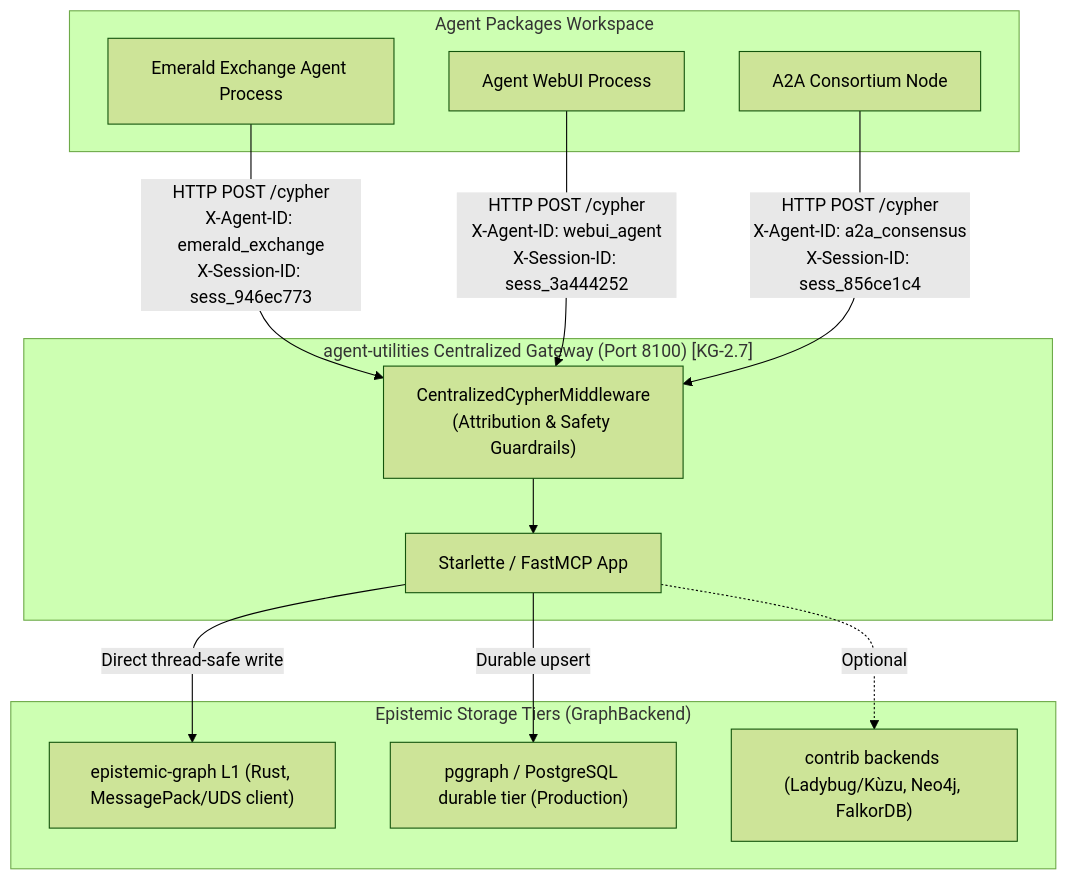
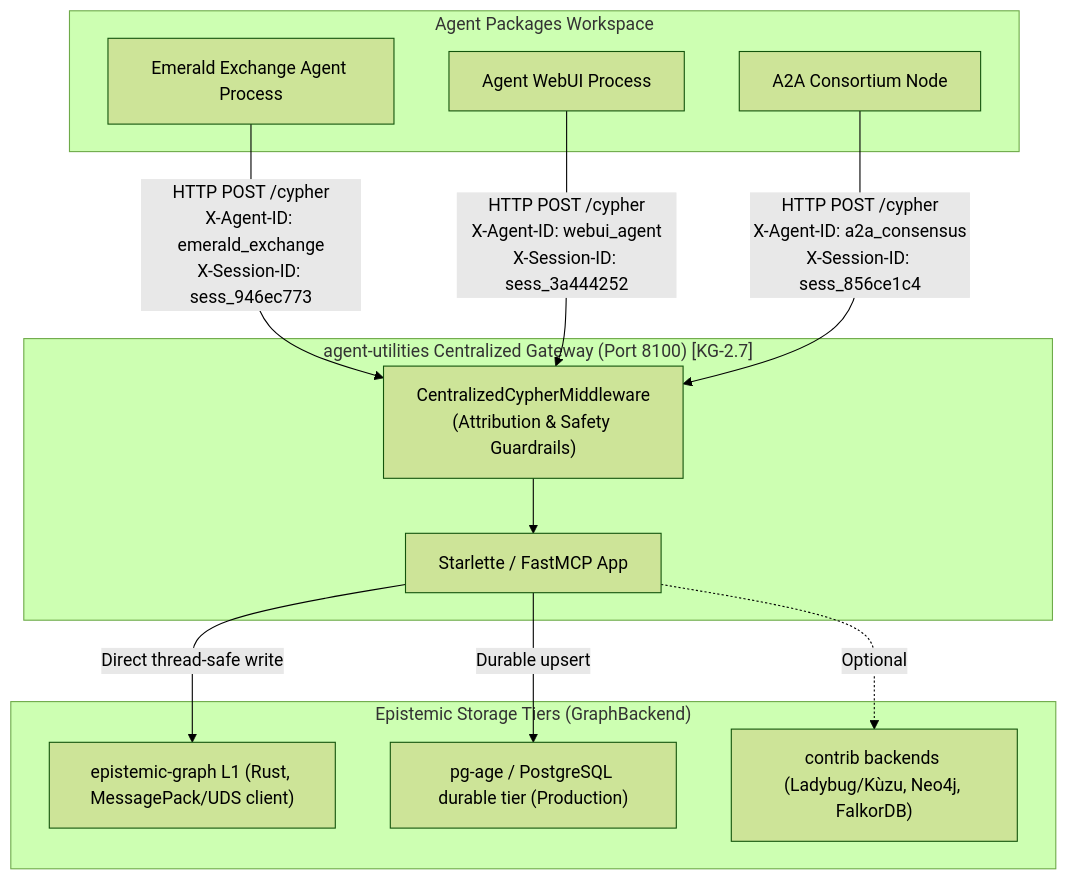
Before and after one commit to Knuckles-Team/agent-utilities: the second of 3 diagrams in docs/centralized_kg_coordination.md, drawn with Mermaid (forest theme). The commit also changed 48 other files, not shown here.

First line of the commit message:
chore: rename pggraph branding -> pg-age (AGE is the durable backend)

````diff
--- a/docs/centralized_kg_coordination.md
+++ b/docs/centralized_kg_coordination.md
@@ -53,28 +53,28 @@
 ```mermaid
 graph TD
     subgraph "Agent Packages Workspace"
         Agent1["Emerald Exchange Agent Process"]
         Agent2["Agent WebUI Process"]
         Agent3["A2A Consortium Node"]
     end
 
     subgraph "agent-utilities Centralized Gateway (Port 8100) [KG-2.7]"
         Middleware["CentralizedCypherMiddleware<br/>(Attribution & Safety Guardrails)"]
         Server["Starlette / FastMCP App"]
     end
 
     subgraph "Epistemic Storage Tiers (GraphBackend)"
         Epistemic["epistemic-graph L1 (Rust, MessagePack/UDS client)"]
-        Postgres["pggraph / PostgreSQL durable tier (Production)"]
+        Postgres["pg-age / PostgreSQL durable tier (Production)"]
         Contrib["contrib backends (Ladybug/Kùzu, Neo4j, FalkorDB)"]
     end
 
     Agent1 -->|HTTP POST /cypher<br/>X-Agent-ID: emerald_exchange<br/>X-Session-ID: sess_946ec773| Middleware
     Agent2 -->|HTTP POST /cypher<br/>X-Agent-ID: webui_agent<br/>X-Session-ID: sess_3a444252| Middleware
     Agent3 -->|HTTP POST /cypher<br/>X-Agent-ID: a2a_consensus<br/>X-Session-ID: sess_856ce1c4| Middleware
 
     Middleware --> Server
     Server -->|Direct thread-safe write| Epistemic
     Server -->|Durable upsert| Postgres
     Server -.->|Optional| Contrib
 ```
````
